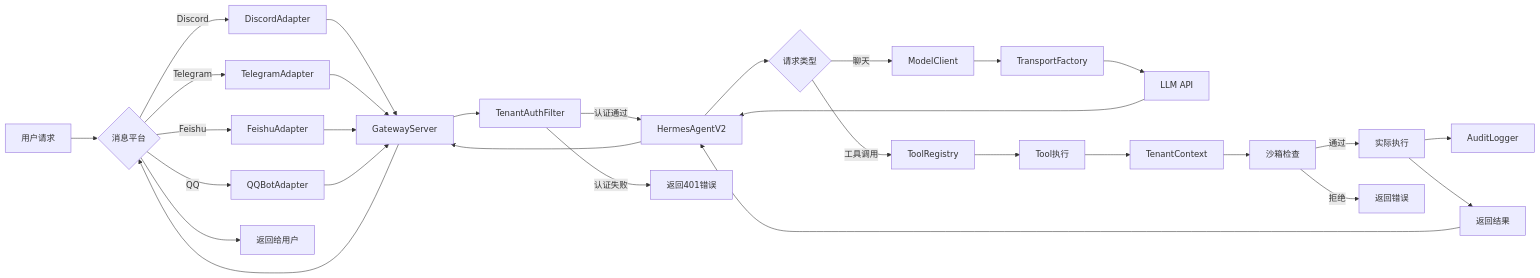
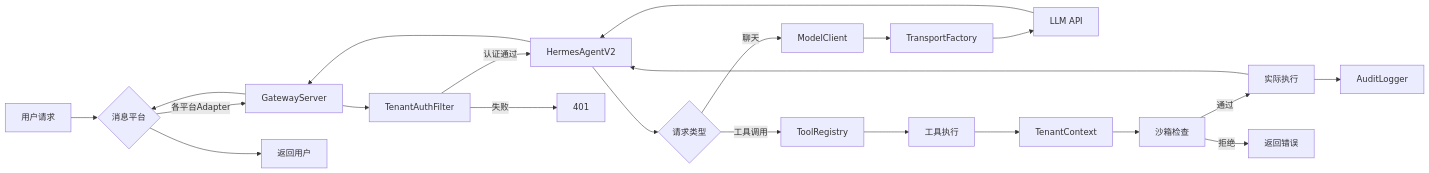
One commit to liudaac/hermes-agent-java changed the eighth of 11 diagrams in docs/ARCHITECTURE.md. Above: the diagram before and after it, drawn with Mermaid. The commit also changed other lines of this file and 31 other files, not shown here.

````diff
--- a/docs/ARCHITECTURE.md
+++ b/docs/ARCHITECTURE.md
@@ -792,35 +333,20 @@
 ```mermaid
 flowchart LR
     A[用户请求] --> B{消息平台}
-    B -->|Discord| C[DiscordAdapter]
-    B -->|Telegram| D[TelegramAdapter]
-    B -->|Feishu| E[FeishuAdapter]
-    B -->|QQ| F[QQBotAdapter]
-    
-    C & D & E & F --> G[GatewayServer]
+    B -->|各平台Adapter| G[GatewayServer]
     G --> H[TenantAuthFilter]
     H -->|认证通过| I[HermesAgentV2]
-    H -->|认证失败| J[返回401错误]
+    H -->|失败| J[401]
     
     I --> K{请求类型}
-    K -->|聊天| L[ModelClient]
-    K -->|工具调用| M[ToolRegistry]
+    K -->|聊天| L[ModelClient] --> N[TransportFactory] --> O[LLM API]
+    K -->|工具调用| M[ToolRegistry] --> P[工具执行]
     
-    L --> N[TransportFactory]
-    N --> O[LLM API]
-    
-    M --> P[Tool执行]
-    P --> Q[TenantContext]
-    Q --> R[沙箱检查]
-    R -->|通过| S[实际执行]
+    P --> Q[TenantContext] --> R[沙箱检查]
+    R -->|通过| S[实际执行] --> U[AuditLogger]
     R -->|拒绝| T[返回错误]
     
-    S --> U[AuditLogger]
-    S --> V[返回结果]
-    
     O --> I
-    V --> I
-    I --> G
-    G --> B
-    B --> W[返回给用户]
+    S --> I
+    I --> G --> B --> W[返回用户]
 ```
````
